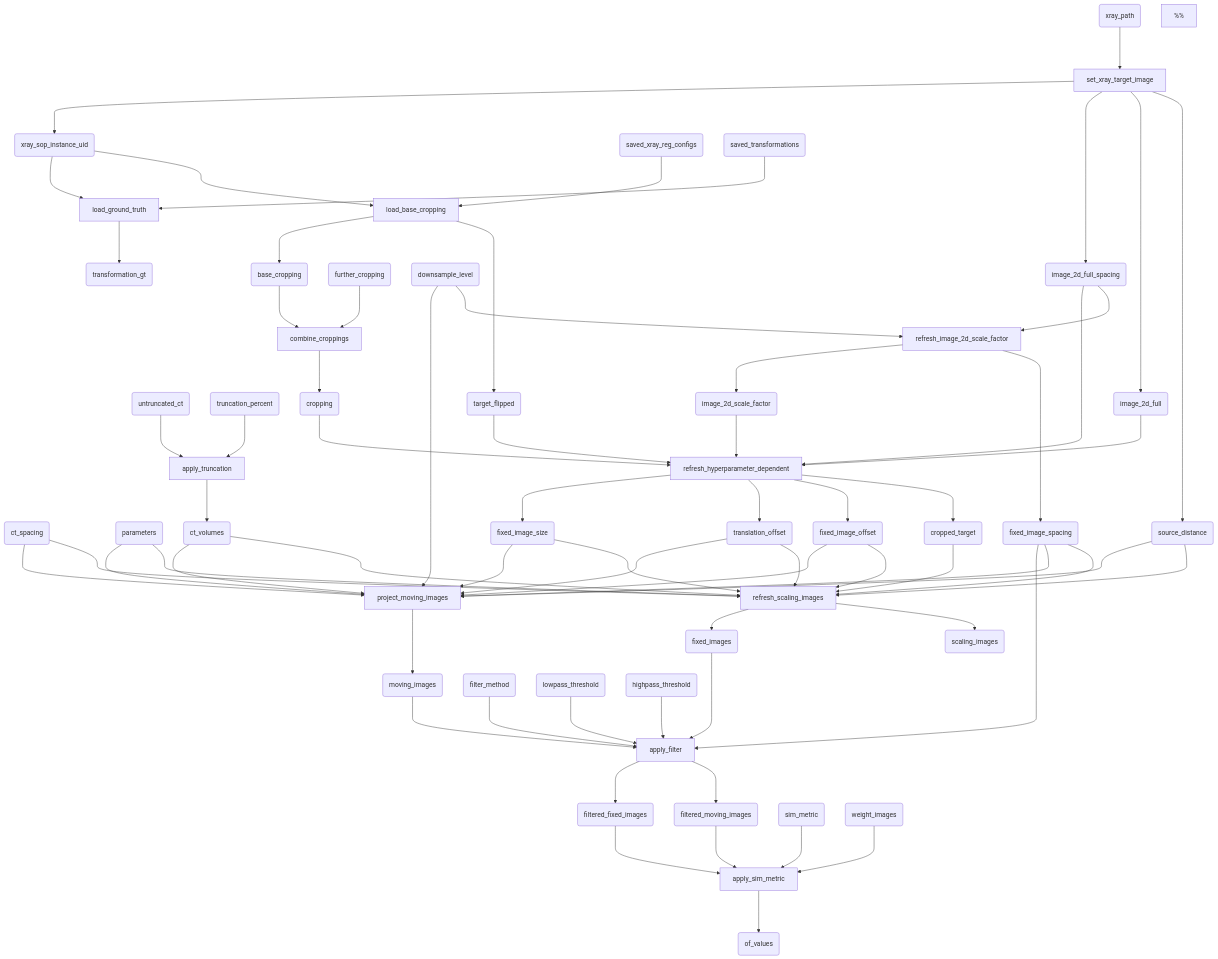
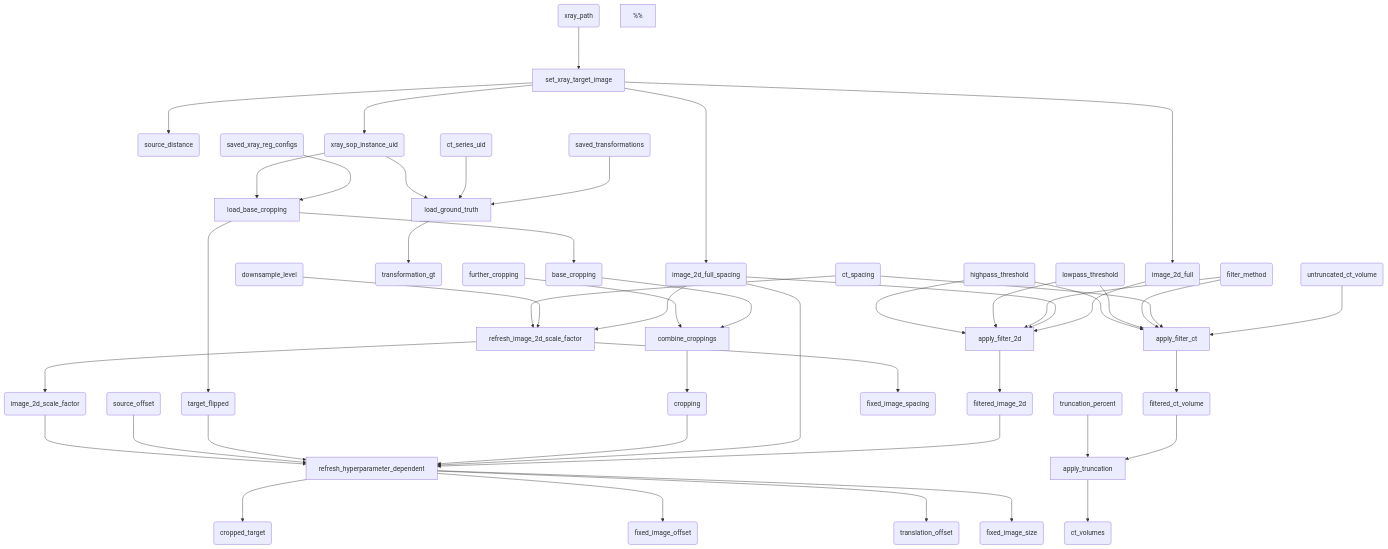
Before and after one commit to ewoprager/grangeat-2d-3d-register-pytorch: the first of 3 diagrams in packages/reg23_experiments/src/reg23_experiments/experiments/reg_experiment/package_documentation.md, drawn with Mermaid. The commit also changed other lines of this file and 41 other files, not shown here.

````diff
--- a/packages/reg23_experiments/src/reg23_experiments/experiments/reg_experiment/package_documentation.md
+++ b/packages/reg23_experiments/src/reg23_experiments/experiments/reg_experiment/package_documentation.md
@@ -3,104 +52,66 @@
 ```mermaid
 flowchart TD
-    ct_spacing(ct_spacing)
-    parameters(parameters)
-    xray_path(xray_path)
-%%
-
-    apply_truncation[apply_truncation]
-    untruncated_ct(untruncated_ct) ---> apply_truncation
-    truncation_percent(truncation_percent) ---> apply_truncation
-    apply_truncation ---> ct_volumes(ct_volumes)
-%%
-
     set_xray_target_image[set_xray_target_image]
-    xray_path ---> set_xray_target_image
+    xray_path(xray_path) ---> set_xray_target_image
     set_xray_target_image ---> source_distance(source_distance)
     set_xray_target_image ---> image_2d_full(image_2d_full)
     set_xray_target_image ---> image_2d_full_spacing(image_2d_full_spacing)
     set_xray_target_image ---> xray_sop_instance_uid(xray_sop_instance_uid)
 %%
-
+    load_ground_truth[load_ground_truth]
+    saved_transformations(saved_transformations) ---> load_ground_truth
+    ct_series_uid(ct_series_uid) ---> load_ground_truth
+    xray_sop_instance_uid ---> load_ground_truth
+    load_ground_truth ---> transformation_gt(transformation_gt)
+%%
+    load_base_cropping[load_base_cropping]
+    saved_xray_reg_configs(saved_xray_reg_configs) ---> load_base_cropping
+    xray_sop_instance_uid ---> load_base_cropping
+    load_base_cropping ---> base_cropping(base_cropping)
+    load_base_cropping ---> target_flipped(target_flipped)
+%%
     combine_croppings[combine_croppings]
     base_cropping ---> combine_croppings
     further_cropping(further_cropping) ---> combine_croppings
     combine_croppings ---> cropping(cropping)
 %%
-
+    apply_filter_ct[apply_filter_ct]
+    untruncated_ct_volume(untruncated_ct_volume) ---> apply_filter_ct
+    ct_spacing(ct_spacing) ---> apply_filter_ct
+    filter_method(filter_method) ---> apply_filter_ct
+    lowpass_threshold(lowpass_threshold) ---> apply_filter_ct
+    highpass_threshold(highpass_threshold) ---> apply_filter_ct
+    apply_filter_ct ---> filtered_ct_volume(filtered_ct_volume)
+%%
+    apply_truncation[apply_truncation]
+    filtered_ct_volume ---> apply_truncation
+    truncation_percent(truncation_percent) ---> apply_truncation
+    apply_truncation ---> ct_volumes(ct_volumes)
+%%
     refresh_image_2d_scale_factor[refresh_image_2d_scale_factor]
     image_2d_full_spacing ---> refresh_image_2d_scale_factor
     downsample_level(downsample_level) ---> refresh_image_2d_scale_factor
+    ct_spacing ---> refresh_image_2d_scale_factor
+    refresh_image_2d_scale_factor ---> image_2d_scale_factor(image_2d_scale_factor)
     refresh_image_2d_scale_factor ---> fixed_image_spacing(fixed_image_spacing)
-    refresh_image_2d_scale_factor ---> image_2d_scale_factor(image_2d_scale_factor)
 %%
-    
-    load_base_cropping[load_base_cropping]
-    xray_sop_instance_uid ---> load_base_cropping
-    saved_xray_reg_configs(saved_xray_reg_configs) ---> load_base_cropping
-    load_base_cropping ---> target_flipped(target_flipped)
-    load_base_cropping ---> base_cropping(base_cropping)
+    apply_filter_2d[apply_filter_2d]
+    image_2d_full ---> apply_filter_2d
+    image_2d_full_spacing ---> apply_filter_2d
+    filter_method ---> apply_filter_2d
+    lowpass_threshold ---> apply_filter_2d
+    highpass_threshold ---> apply_filter_2d
+    apply_filter_2d ---> filtered_image_2d(filtered_image_2d)
 %%
-
     refresh_hyperparameter_dependent[refresh_hyperparameter_dependent]
-    image_2d_full ---> refresh_hyperparameter_dependent
-    target_flipped ---> refresh_hyperparameter_dependent
+    filtered_image_2d ---> refresh_hyperparameter_dependent
     image_2d_full_spacing ---> refresh_hyperparameter_dependent
     cropping ---> refresh_hyperparameter_dependent
+    target_flipped ---> refresh_hyperparameter_dependent
+    source_offset(source_offset) ---> refresh_hyperparameter_dependent
     image_2d_scale_factor ---> refresh_hyperparameter_dependent
     refresh_hyperparameter_dependent ---> cropped_target(cropped_target)
     refresh_hyperparameter_dependent ---> fixed_image_offset(fixed_image_offset)
     refresh_hyperparameter_dependent ---> translation_offset(translation_offset)
     refresh_hyperparameter_dependent ---> fixed_image_size(fixed_image_size)
-%%
-
-    load_ground_truth[load_ground_truth]
-    saved_transformations(saved_transformations) ---> load_ground_truth
-    xray_sop_instance_uid ---> load_ground_truth
-    load_ground_truth ---> transformation_gt(transformation_gt)
-%%
-
-    refresh_scaling_images[refresh_scaling_images]
-    parameters ---> refresh_scaling_images
-    ct_volumes ---> refresh_scaling_images
-    ct_spacing ---> refresh_scaling_images
-    translation_offset ---> refresh_scaling_images
-    source_distance ---> refresh_scaling_images
-    fixed_image_spacing ---> refresh_scaling_images
-    fixed_image_size ---> refresh_scaling_images
-    fixed_image_offset ---> refresh_scaling_images
-    cropped_target ---> refresh_scaling_images
-    refresh_scaling_images --> scaling_images(scaling_images)
-    refresh_scaling_images --> fixed_images(fixed_images)
-%%
-
-    project_moving_images[project_moving_images]
-    parameters ---> project_moving_images
-    ct_volumes ---> project_moving_images
-    ct_spacing ---> project_moving_images
-    source_distance ---> project_moving_images
-    fixed_image_size ---> project_moving_images
-    fixed_image_spacing ---> project_moving_images
-    downsample_level ---> project_moving_images
-    translation_offset ---> project_moving_images
-    fixed_image_offset ---> project_moving_images
-    project_moving_images ---> moving_images(moving_images)
-%%
-    
-    apply_filter[apply_filter]
-    filter_method(filter_method) ---> apply_filter
-    moving_images ---> apply_filter
-    fixed_images ---> apply_filter
-    fixed_image_spacing ---> apply_filter
-    lowpass_threshold(lowpass_threshold) ---> apply_filter
-    highpass_threshold(highpass_threshold) ---> apply_filter
-    apply_filter ---> filtered_moving_images(filtered_moving_images)
-    apply_filter ---> filtered_fixed_images(filtered_fixed_images)
-%%
-
-    apply_sim_metric[apply_sim_metric]
-    sim_metric(sim_metric) ---> apply_sim_metric
-    filtered_fixed_images ---> apply_sim_metric
-    filtered_moving_images ---> apply_sim_metric
-    weight_images(weight_images) ---> apply_sim_metric
-    apply_sim_metric ---> of_values(of_values)
 ```
````
